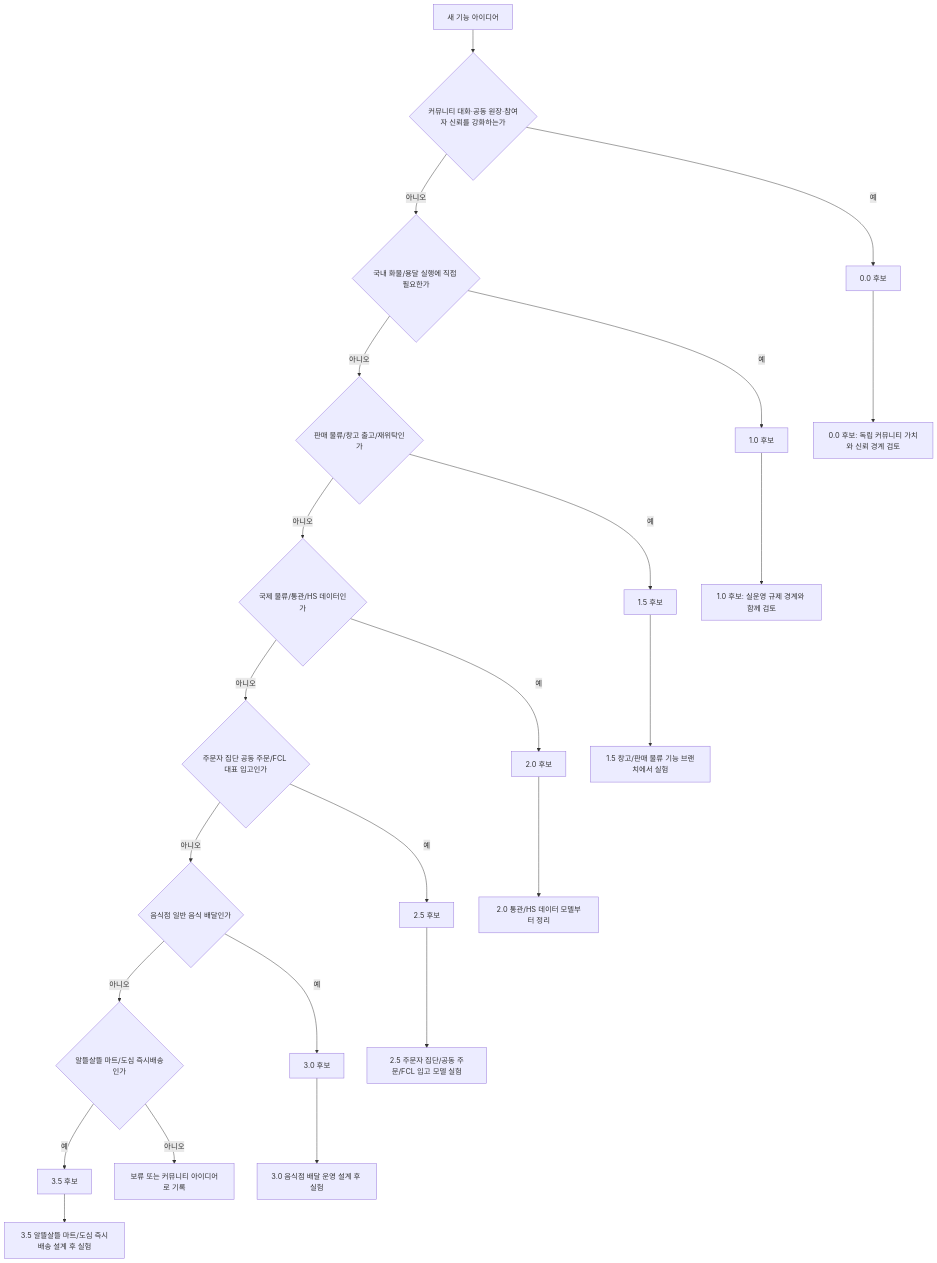
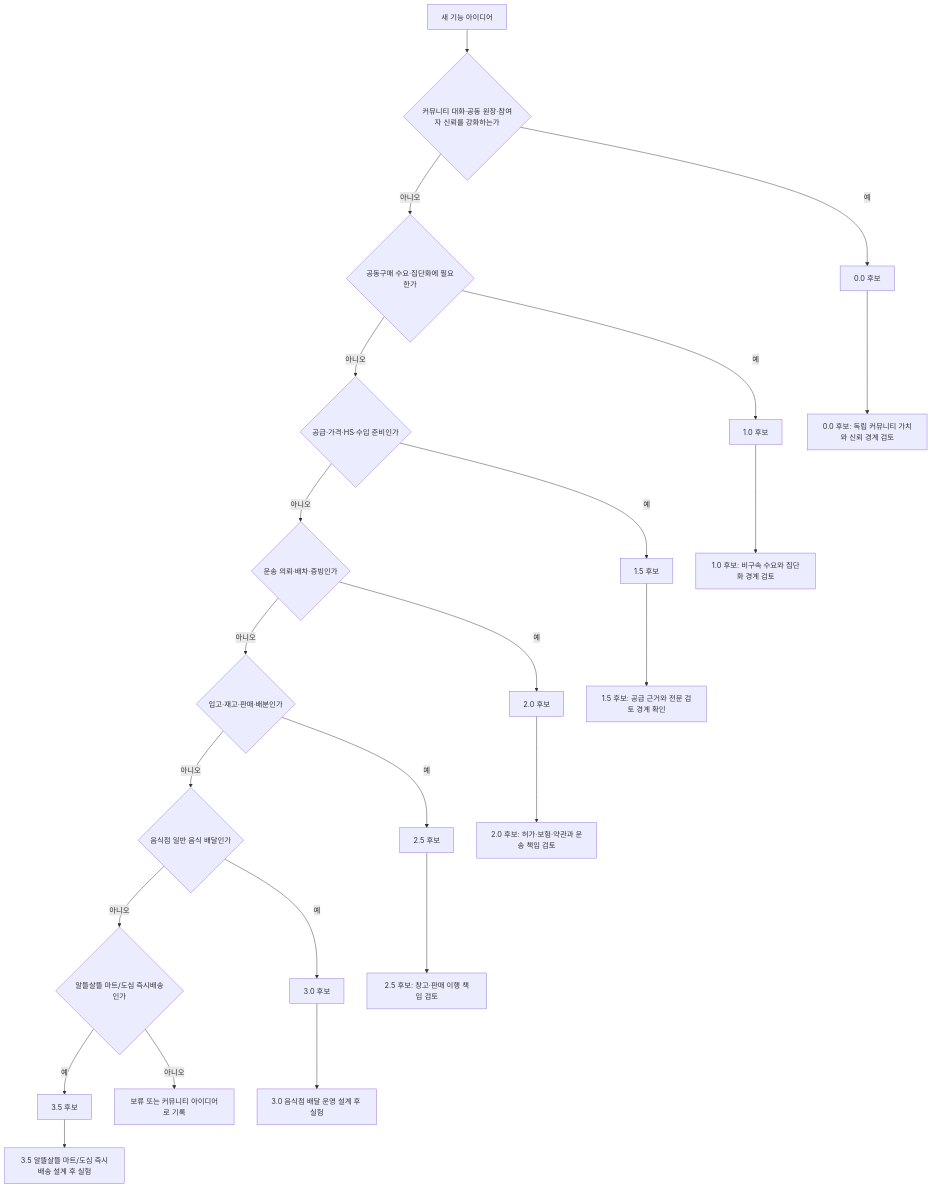
The third of 15 diagrams in Ssalddel/README.md (cheolwo/hongdal), drawn with Mermaid before and after one commit. The commit also changed other lines of this file and 114 other files, not shown here.

````diff
--- a/Ssalddel/README.md
+++ b/Ssalddel/README.md
@@ -134,25 +135,25 @@
 ```mermaid
 flowchart TD
     A["새 기능 아이디어"] --> B{"커뮤니티 대화·공동 원장·참여자 신뢰를 강화하는가"}
     B -->|예| C["0.0 후보"]
-    B -->|아니오| U{"국내 화물/용달 실행에 직접 필요한가"}
+    B -->|아니오| U{"공동구매 수요·집단화에 필요한가"}
     U -->|예| V["1.0 후보"]
-    U -->|아니오| F{"판매 물류/창고 출고/재위탁인가"}
-    F -->|예| G["1.5 후보"]
-    F -->|아니오| D{"국제 물류/통관/HS 데이터인가"}
-    D -->|예| E["2.0 후보"]
-    D -->|아니오| O{"주문자 집단 공동 주문/FCL 대표 입고인가"}
+    U -->|아니오| D{"공급·가격·HS·수입 준비인가"}
+    D -->|예| E["1.5 후보"]
+    D -->|아니오| F{"운송 의뢰·배차·증빙인가"}
+    F -->|예| G["2.0 후보"]
+    F -->|아니오| O{"입고·재고·판매·배분인가"}
     O -->|예| P["2.5 후보"]
     O -->|아니오| H{"음식점 일반 음식 배달인가"}
     H -->|예| L["3.0 후보"]
     H -->|아니오| R{"알뜰살뜰 마트/도심 즉시배송인가"}
     R -->|예| S["3.5 후보"]
     R -->|아니오| M["보류 또는 커뮤니티 아이디어로 기록"]
     C --> I["0.0 후보: 독립 커뮤니티 가치와 신뢰 경계 검토"]
-    V --> W["1.0 후보: 실운영 규제 경계와 함께 검토"]
-    E --> J["2.0 통관/HS 데이터 모델부터 정리"]
-    G --> K["1.5 창고/판매 물류 기능 브랜치에서 실험"]
-    P --> Q["2.5 주문자 집단/공동 주문/FCL 입고 모델 실험"]
+    V --> W["1.0 후보: 비구속 수요와 집단화 경계 검토"]
+    E --> J["1.5 후보: 공급 근거와 전문 검토 경계 확인"]
+    G --> K["2.0 후보: 허가·보험·약관과 운송 책임 검토"]
+    P --> Q["2.5 후보: 창고·판매 이행 책임 검토"]
     L --> N["3.0 음식점 배달 운영 설계 후 실험"]
     S --> T["3.5 알뜰살뜰 마트/도심 즉시배송 설계 후 실험"]
 ```
````
